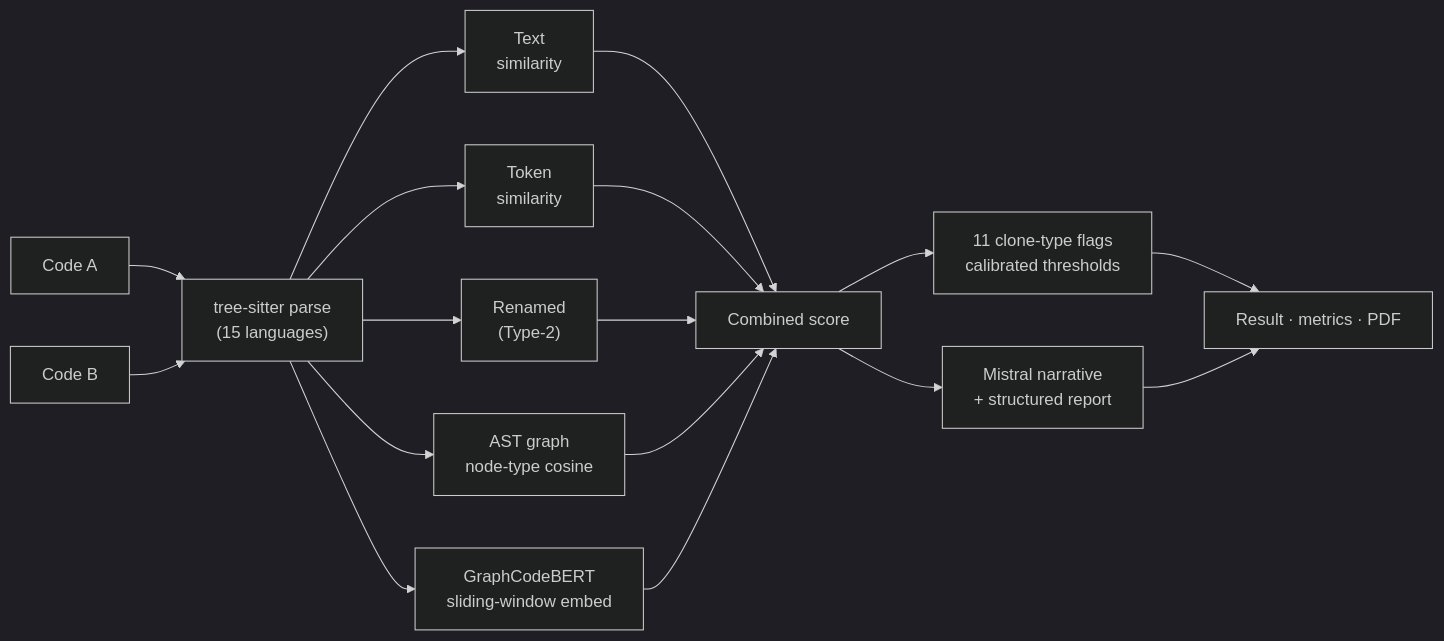
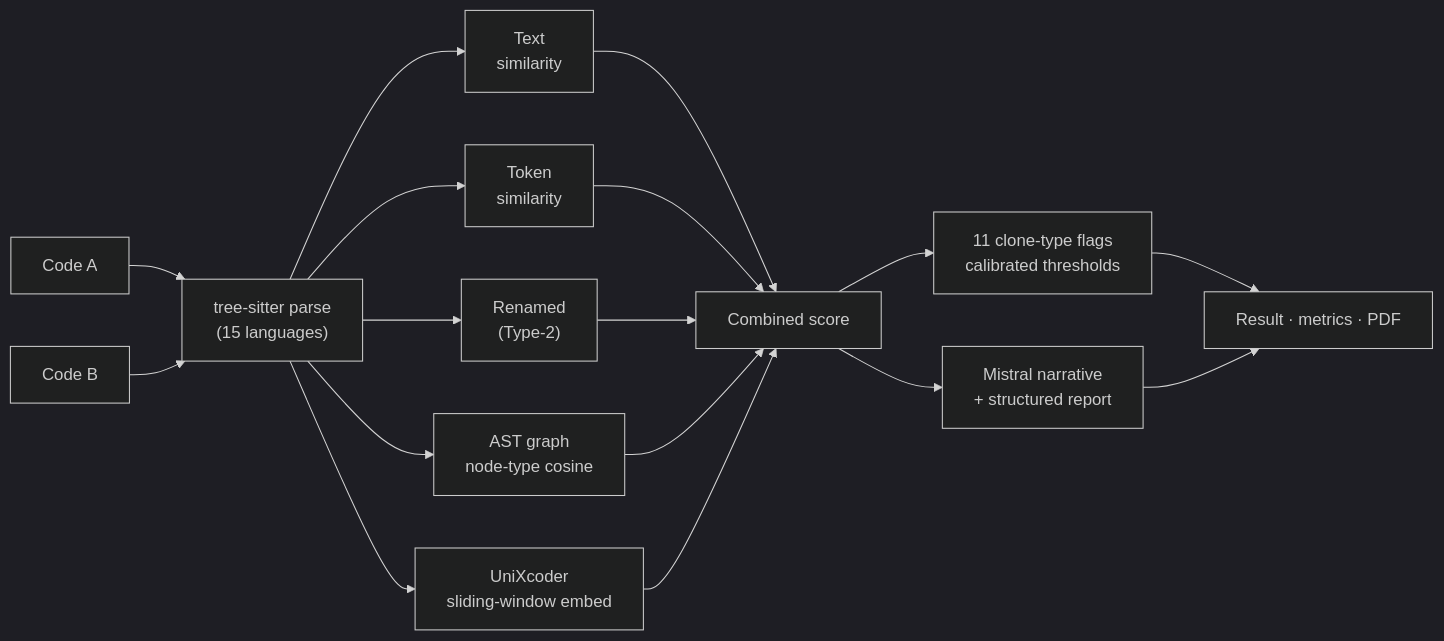
One commit to yahyaabohashemstu/codeClone changed the second of 5 diagrams in README.md. Above: the diagram before and after it, drawn with Mermaid (dark theme). The commit also changed other lines of this file and 3 other files, not shown here.

First line of the commit message:
feat(engine): swap semantic encoder GraphCodeBERT -> UniXcoder (surgical port)

````diff
--- a/README.md
+++ b/README.md
@@ -149,24 +149,24 @@
 ```mermaid
 flowchart LR
     A["Code A"] --> P
     B["Code B"] --> P
     P["tree-sitter parse<br/>(15 languages)"]
 
     P --> T["Text<br/>similarity"]
     P --> TK["Token<br/>similarity"]
     P --> RN["Renamed<br/>(Type-2)"]
     P --> G["AST graph<br/>node-type cosine"]
-    P --> AIe["GraphCodeBERT<br/>sliding-window embed"]
+    P --> AIe["UniXcoder<br/>sliding-window embed"]
 
     T --> C
     TK --> C
     RN --> C
     G --> C
     AIe --> C
     C["Combined score"]
 
     C --> F["11 clone-type flags<br/>calibrated thresholds"]
     C --> LLM["Mistral narrative<br/>+ structured report"]
     F --> R["Result · metrics · PDF"]
     LLM --> R
 ```
````
